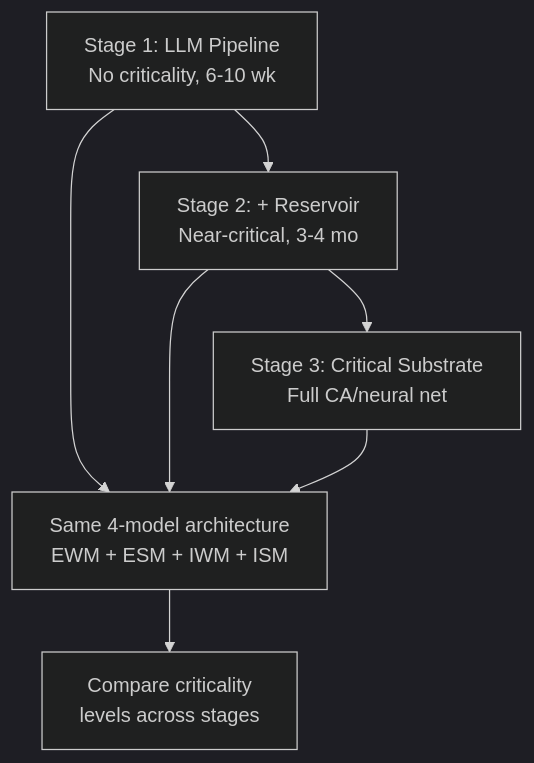
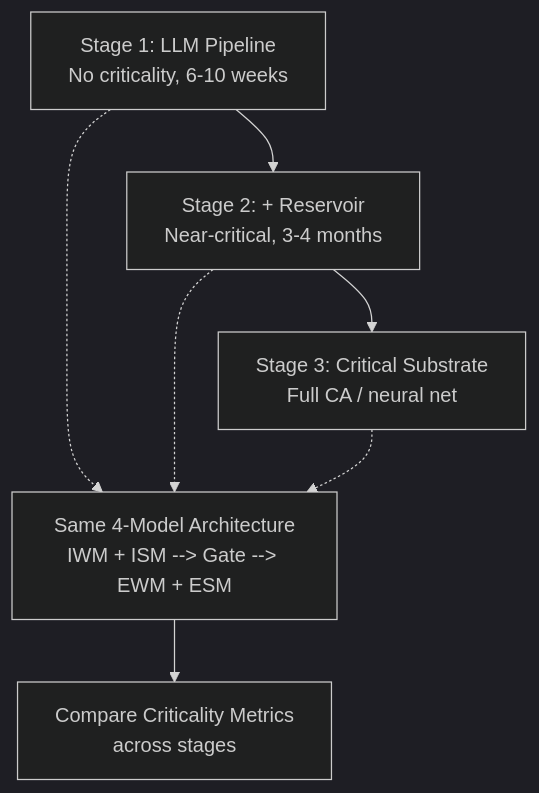
The diagram in docs/engineering/designs/pdf/mmd/design-07-simple.mmd (JeltzProstetnic/aIware), drawn with Mermaid (dark theme) before and after one commit. The commit also changed 52 other files, not shown here.

First line of the commit message:
Session 129: AIW-15 diagram redesign (all 16 AC designs)

```diff
--- a/docs/engineering/designs/pdf/mmd/design-07-simple.mmd
+++ b/docs/engineering/designs/pdf/mmd/design-07-simple.mmd
@@ -1,7 +1,10 @@
 graph TD
-    S1[Stage 1: LLM Pipeline<br/>No criticality, 6-10 wk] --> S2[Stage 2: + Reservoir<br/>Near-critical, 3-4 mo]
-    S2 --> S3[Stage 3: Critical Substrate<br/>Full CA/neural net]
-    S1 --> SHARED[Same 4-model architecture<br/>EWM + ESM + IWM + ISM]
-    S2 --> SHARED
-    S3 --> SHARED
-    SHARED --> TEST[Compare criticality<br/>levels across stages]
+    S1["Stage 1: LLM Pipeline<br/>No criticality, 6-10 weeks"]
+    S2["Stage 2: + Reservoir<br/>Near-critical, 3-4 months"]
+    S3["Stage 3: Critical Substrate<br/>Full CA / neural net"]
+    S1 --> S2 --> S3
+    S1 -.-> ARCH
+    S2 -.-> ARCH
+    S3 -.-> ARCH
+    ARCH["Same 4-Model Architecture<br/>IWM + ISM --> Gate --> EWM + ESM"]
+    ARCH --> TEST["Compare Criticality Metrics<br/>across stages"]
```
